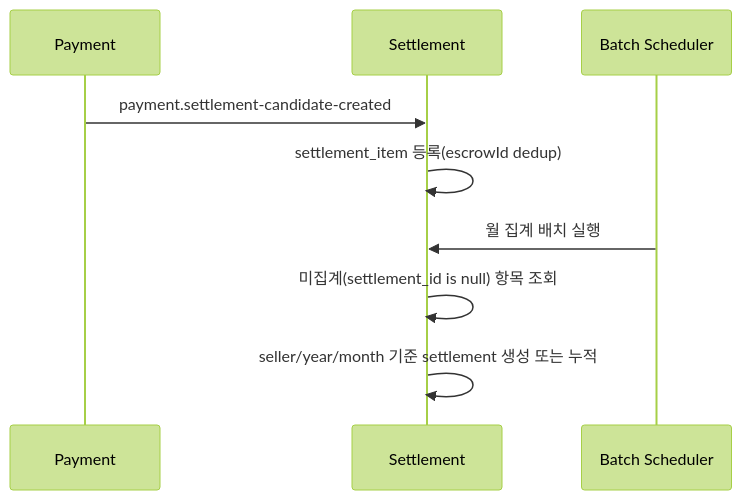
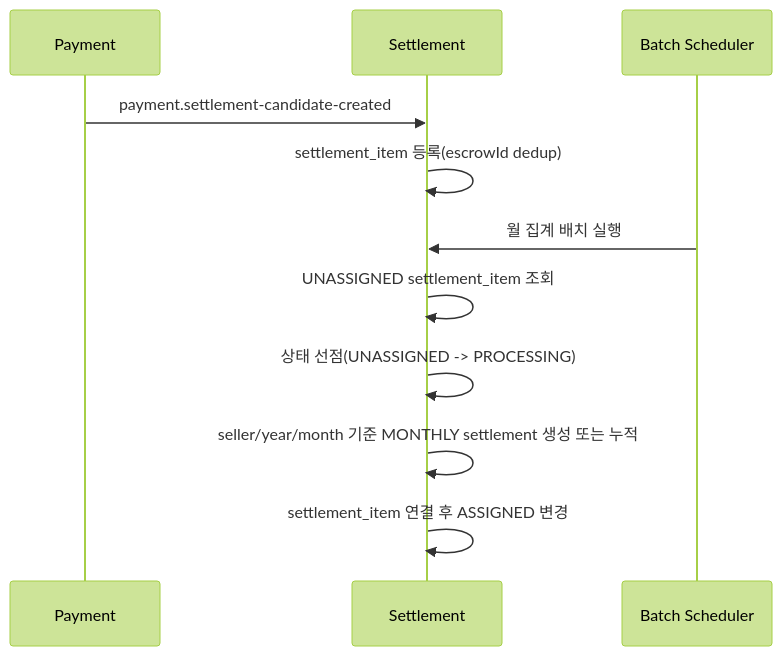
The first of 3 diagrams in settlement/docs/정산_운영_가이드.md (sihoney/GoodsMall_BE), drawn with Mermaid (forest theme) before and after one commit. The commit also changed other lines of this file and 1 other file, not shown here.

````diff
--- a/settlement/docs/정산_운영_가이드.md
+++ b/settlement/docs/정산_운영_가이드.md
@@ -38,12 +55,14 @@
 ```mermaid
 sequenceDiagram
     participant P as Payment
     participant S as Settlement
     participant B as Batch Scheduler
 
     P->>S: payment.settlement-candidate-created
     S->>S: settlement_item 등록(escrowId dedup)
     B->>S: 월 집계 배치 실행
-    S->>S: 미집계(settlement_id is null) 항목 조회
-    S->>S: seller/year/month 기준 settlement 생성 또는 누적
+    S->>S: UNASSIGNED settlement_item 조회
+    S->>S: 상태 선점(UNASSIGNED -> PROCESSING)
+    S->>S: seller/year/month 기준 MONTHLY settlement 생성 또는 누적
+    S->>S: settlement_item 연결 후 ASSIGNED 변경
 ```
````
